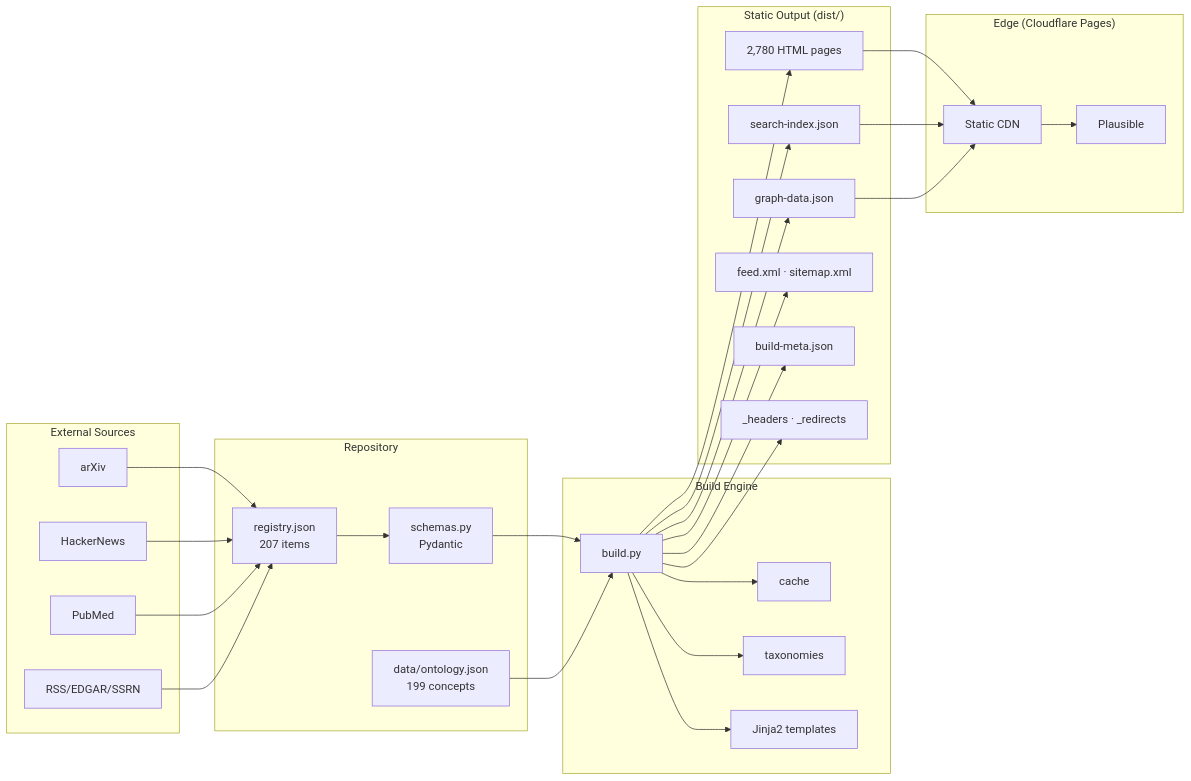
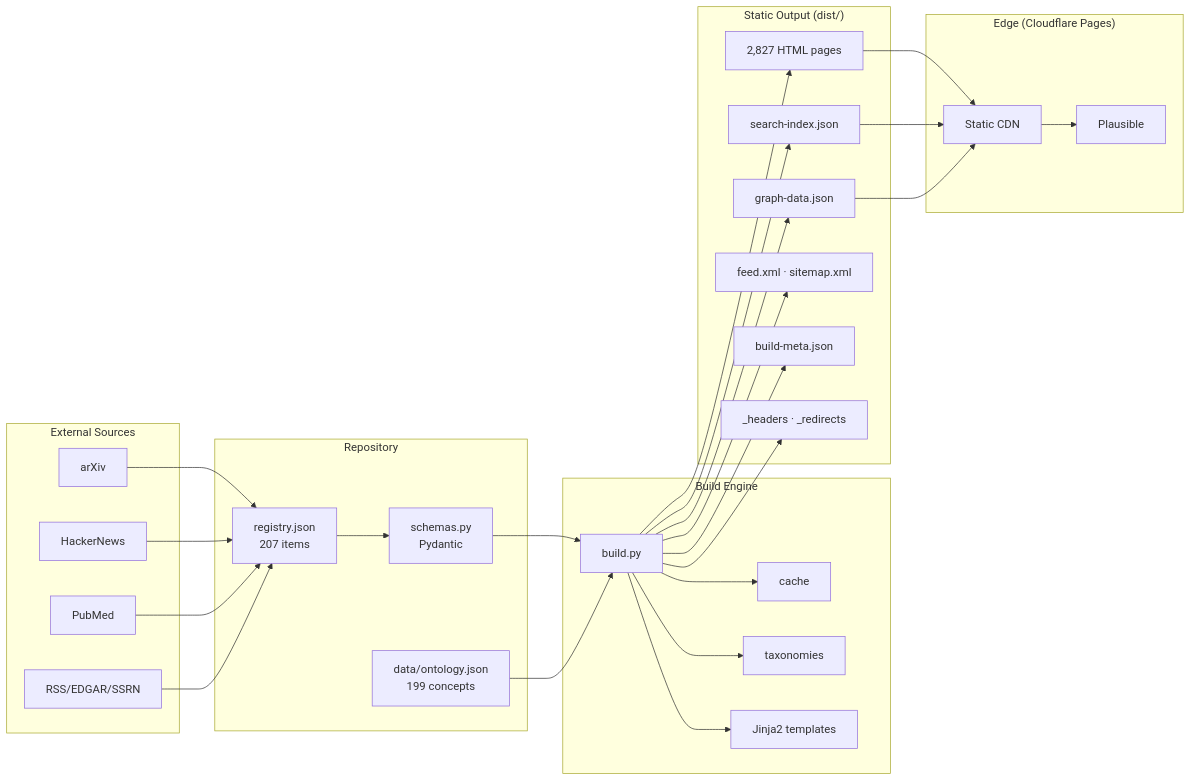
One commit to goneraleszek2-ship-it/acaciafund changed the diagram in SYSTEM_ARCHITECTURE.md. Above: the diagram before and after it, drawn with Mermaid. The commit also changed other lines of this file and 4 other files, not shown here.

````diff
--- a/SYSTEM_ARCHITECTURE.md
+++ b/SYSTEM_ARCHITECTURE.md
@@ -60,57 +60,57 @@
 ```mermaid
 flowchart LR
     subgraph Sources["External Sources"]
         ARX[arXiv]
         HN[HackerNews]
         PM[PubMed]
         RSS[RSS/EDGAR/SSRN]
     end
 
     subgraph Repo["Repository"]
         REG[registry.json<br/>207 items]
         SCHEMA[schemas.py<br/>Pydantic]
         ONT[data/ontology.json<br/>199 concepts]
     end
 
     subgraph Build["Build Engine"]
         BP[build.py]
         BC[cache]
         BT[taxonomies]
         TEMPLATES[Jinja2 templates]
     end
 
     subgraph Out["Static Output (dist/)"]
-        HTML[2,780 HTML pages]
+        HTML[2,827 HTML pages]
         IDX[search-index.json]
         GRAPH[graph-data.json]
         FEED[feed.xml · sitemap.xml]
         META[build-meta.json]
         SEC[_headers · _redirects]
     end
 
     subgraph Edge["Edge (Cloudflare Pages)"]
         CDN[Static CDN]
         PL[Plausible]
     end
 
     ARX --> REG
     HN --> REG
     PM --> REG
     RSS --> REG
     REG --> SCHEMA
     SCHEMA --> BP
     ONT --> BP
     BP --> BC
     BP --> BT
     BP --> TEMPLATES
     BP --> HTML
     BP --> IDX
     BP --> GRAPH
     BP --> FEED
     BP --> META
     BP --> SEC
     HTML --> CDN
     IDX --> CDN
     GRAPH --> CDN
     CDN --> PL
 ```
````
